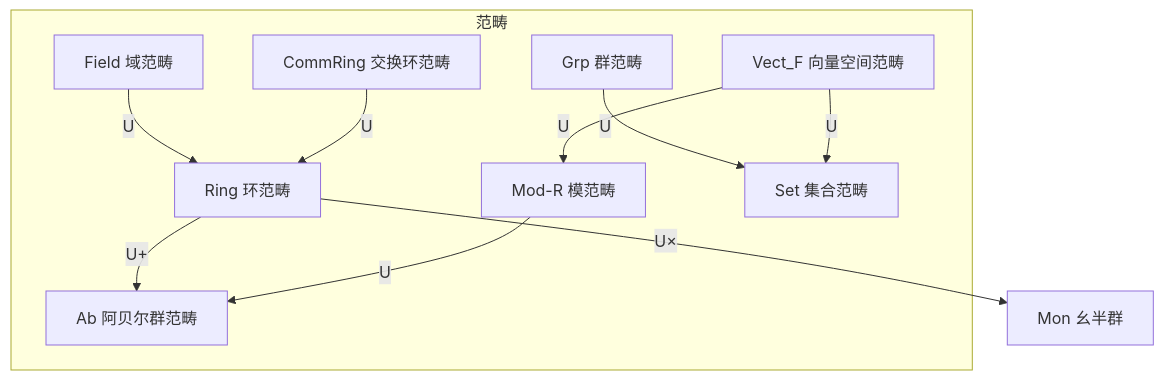
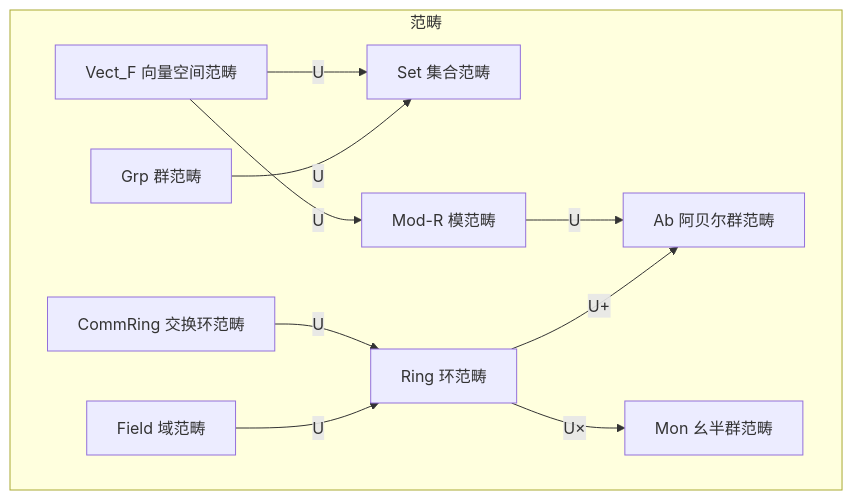
Before and after one commit to AdaMartin18010/FormalMath: the eighth of 11 diagrams in docs/00-概念关联图谱/01-代数结构关联网络.md, drawn with Mermaid. The commit also changed other lines of this file and 214 other files, not shown here.

````diff
--- a/docs/00-概念关联图谱/01-代数结构关联网络.md
+++ b/docs/00-概念关联图谱/01-代数结构关联网络.md
@@ -393,23 +469,24 @@
 ```mermaid
 graph TD
     subgraph Categories[范畴]
         GRP_CAT[Grp 群范畴]
         RING_CAT[Ring 环范畴]
         FIELD_CAT[Field 域范畴]
         MOD_CAT[Mod-R 模范畴]
         VEC_CAT[Vect_F 向量空间范畴]
         SET_CAT[Set 集合范畴]
         AB_CAT[Ab 阿贝尔群范畴]
         COMM_CAT[CommRing 交换环范畴]
+        MONOID_CAT[Mon 幺半群范畴]
     end
 
     %% 遗忘函子
     GRP_CAT -->|U| SET_CAT
     RING_CAT -->|U+| AB_CAT
-    RING_CAT -->|U×| MONOID_CAT[Mon 幺半群]
+    RING_CAT -->|U×| MONOID_CAT
     FIELD_CAT -->|U| RING_CAT
     MOD_CAT -->|U| AB_CAT
     VEC_CAT -->|U| SET_CAT
     COMM_CAT -->|U| RING_CAT
     VEC_CAT -->|U| MOD_CAT
 ```
````
